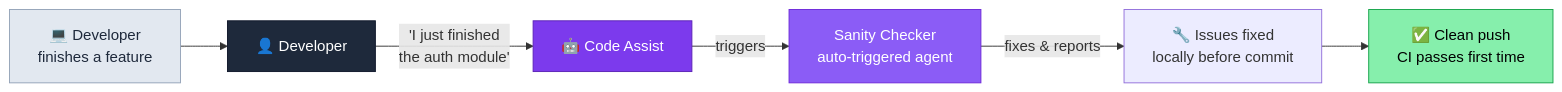
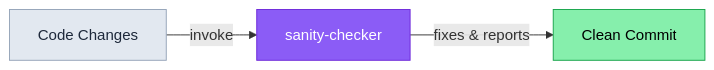
The fifth of 6 diagrams in README.md (TheLampshady/repokit), drawn with Mermaid before and after one commit. The commit also changed other lines of this file and 13 other files, not shown here.

````diff
--- a/README.md
+++ b/README.md
@@ -242,23 +296,14 @@
 ```mermaid
 graph LR
-    Scenario["💻 Developer\nfinishes a feature"]
-    Dev["👤 Developer"]
-    CA["🤖 Code Assist"]
-    Sanity["Sanity Checker\nauto-triggered agent"]
-    Fix["🔧 Issues fixed\nlocally before commit"]
-    Result["✅ Clean push\nCI passes first time"]
+    Code["Code Changes"]
+    Sanity["sanity-checker"]
+    Result["Clean Commit"]
 
-    Scenario --> Dev
-    Dev -->|"'I just finished\nthe auth module'"| CA
-    CA -->|"triggers"| Sanity
-    Sanity -->|"fixes & reports"| Fix
-    Fix --> Result
+    Code -->|"invoke"| Sanity -->|"fixes & reports"| Result
 
     classDef agent fill:#8b5cf6,stroke:#6d28d9,color:#fff
-    classDef ai    fill:#7c3aed,stroke:#5b21b6,color:#fff
+    classDef output fill:#86efac,stroke:#16a34a,color:#000
     class Sanity agent
-    class CA ai
-    style Scenario fill:#e2e8f0,stroke:#94a3b8,color:#1e293b
-    style Dev      fill:#1e293b,stroke:#0f172a,color:#fff
-    style Result   fill:#86efac,stroke:#16a34a,color:#000
+    class Result output
+    style Code fill:#e2e8f0,stroke:#94a3b8,color:#1e293b
 ```
````
